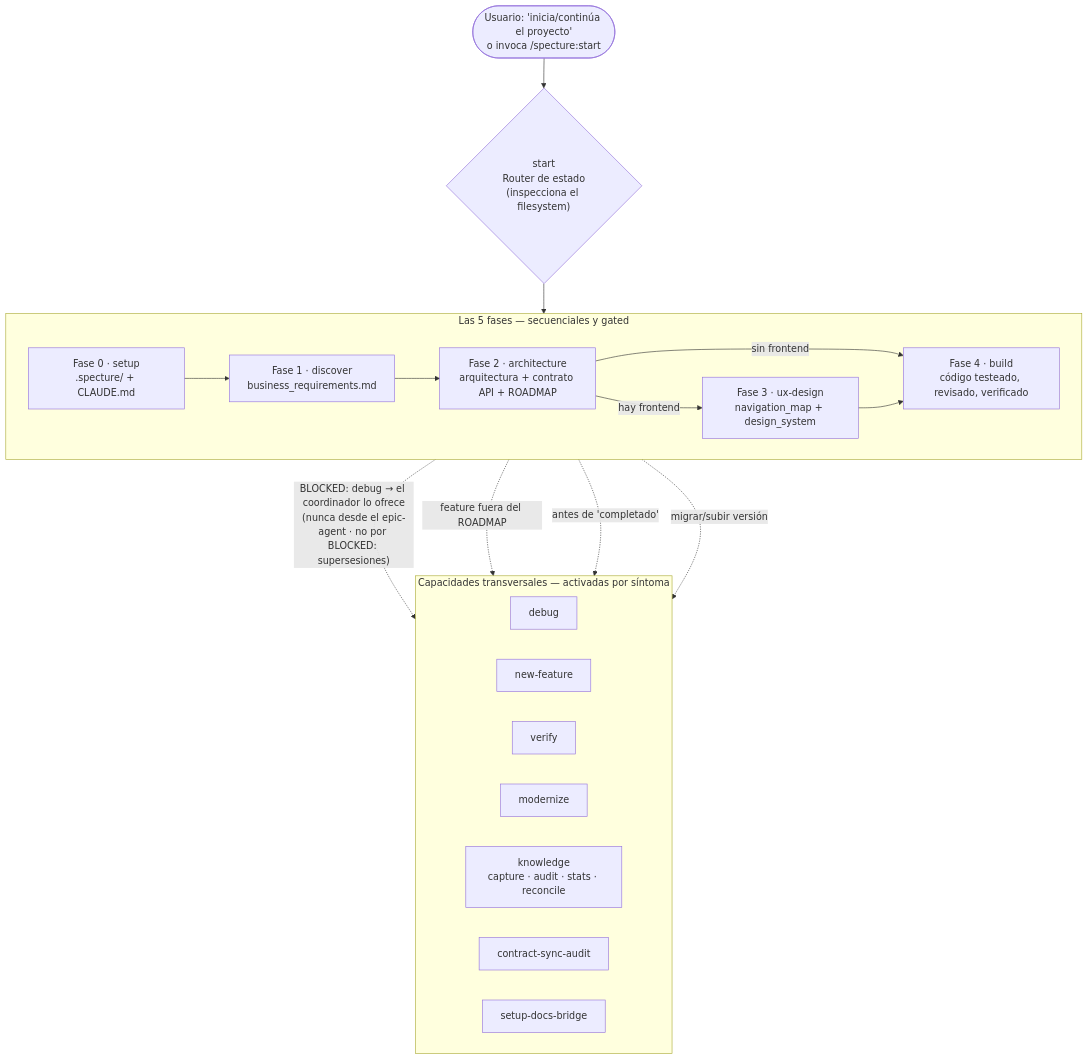
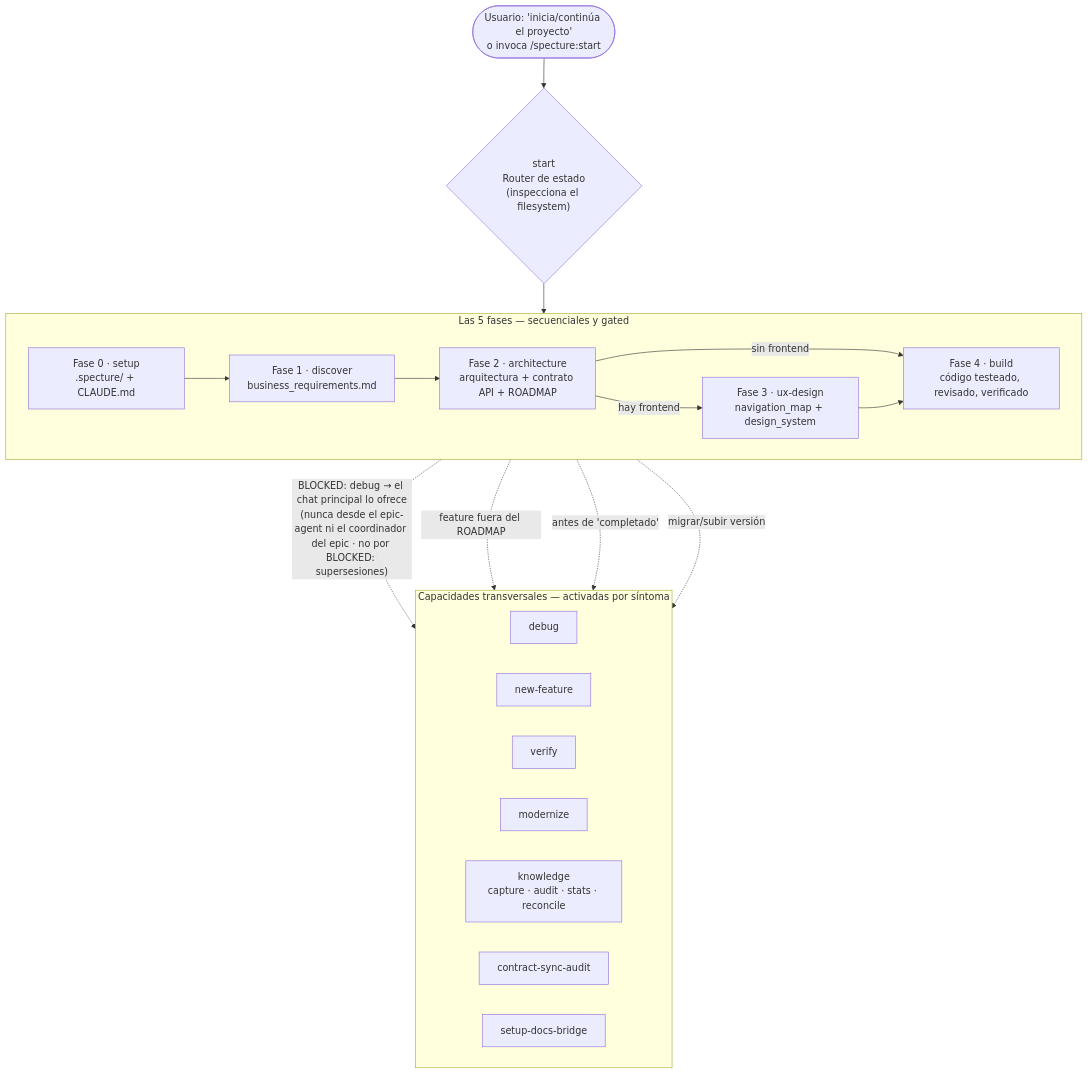
Before and after one commit to FerEscobarDev/Specture: the first of 25 diagrams in docs/execution-flows.md, drawn with Mermaid. The commit also changed other lines of this file and 11 other files, not shown here.

First line of the commit message:
docs(build): coordinador por epic — guía de usuario, baseline de sondas y respuesta a un STOPPED

````diff
--- a/docs/execution-flows.md
+++ b/docs/execution-flows.md
@@ -35,31 +35,31 @@
 ```mermaid
 flowchart TB
     U(["Usuario: 'inicia/continúa el proyecto'<br/>o invoca /specture:start"]) --> R{"start<br/>Router de estado<br/>(inspecciona el filesystem)"}
 
     subgraph FASES["Las 5 fases — secuenciales y gated"]
       direction LR
       F0["Fase 0 · setup<br/>.specture/ + CLAUDE.md"] --> F1["Fase 1 · discover<br/>business_requirements.md"]
       F1 --> F2["Fase 2 · architecture<br/>arquitectura + contrato API + ROADMAP"]
       F2 -->|"hay frontend"| F3["Fase 3 · ux-design<br/>navigation_map + design_system"]
       F2 -->|"sin frontend"| F4
       F3 --> F4["Fase 4 · build<br/>código testeado, revisado, verificado"]
     end
 
     R --> FASES
 
     subgraph TRANS["Capacidades transversales — activadas por síntoma"]
       direction LR
       T1["debug"]
       T2["new-feature"]
       T3["verify"]
       T4["modernize"]
       T5["knowledge<br/>capture · audit · stats · reconcile"]
       T7["contract-sync-audit"]
       T8["setup-docs-bridge"]
     end
 
-    F4 -.->|"BLOCKED: debug → el coordinador lo ofrece<br/>(nunca desde el epic-agent · no por BLOCKED: supersesiones)"| T1
+    F4 -.->|"BLOCKED: debug → el chat principal lo ofrece<br/>(nunca desde el epic-agent ni el coordinador del epic · no por BLOCKED: supersesiones)"| T1
     F4 -.->|"feature fuera del ROADMAP"| T2
     F4 -.->|"antes de 'completado'"| T3
     FASES -.->|"migrar/subir versión"| T4
 ```
````
